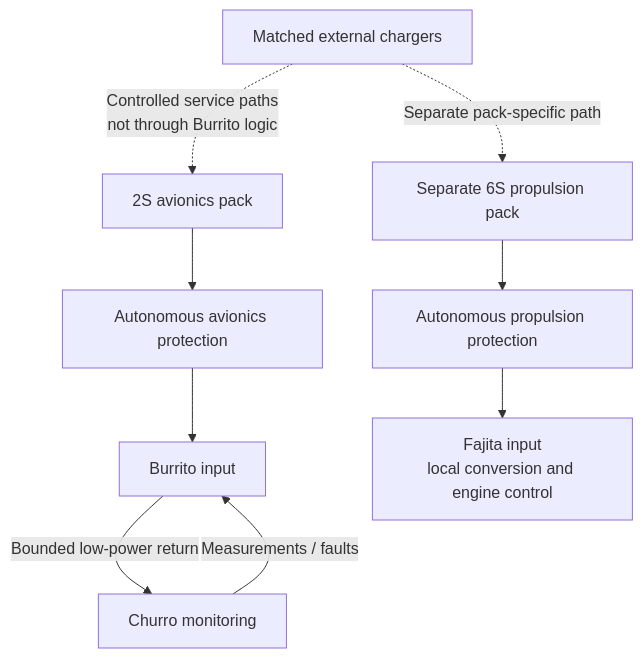
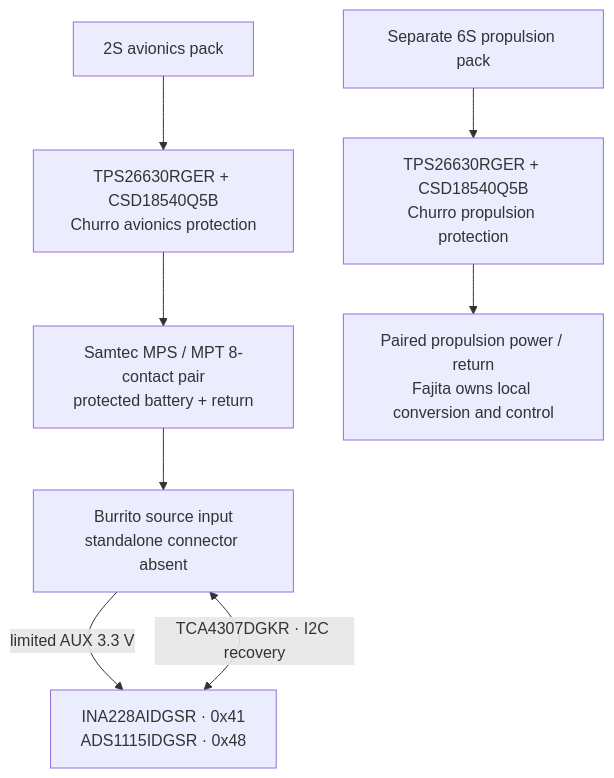
The first of 2 diagrams in docs/architecture/08-foinse-can.md (ULAS-HiPR/Ogma2), drawn with Mermaid before and after one commit. The commit also changed other lines of this file and 19 other files, not shown here.

Commit message:
Make architecture review concrete and link supporting justification

````diff
--- a/docs/architecture/08-foinse-can.md
+++ b/docs/architecture/08-foinse-can.md
@@ -24,11 +15,16 @@
 ```mermaid
 flowchart TB
-  AV["2S avionics pack"] --> AP["Autonomous avionics protection"]
-  AP --> B["Burrito input"]
-  PP["Separate 6S propulsion pack"] --> PR["Autonomous propulsion protection"]
-  PR --> F["Fajita input<br/>local conversion and engine control"]
-  B -->|"Bounded low-power return"| M["Churro monitoring"]
-  M -->|"Measurements / faults"| B
-  C["Matched external chargers"] -.->|"Controlled service paths<br/>not through Burrito logic"| AV
-  C -.->|"Separate pack-specific path"| PP
+  AV["2S avionics pack"] --> AP["TPS26630RGER + CSD18540Q5B
+Churro avionics protection"]
+  AP --> J["Samtec MPS / MPT 8-contact pair
+protected battery + return"]
+  J --> B["Burrito source input
+standalone connector absent"]
+  PR["Separate 6S propulsion pack"] --> PP["TPS26630RGER + CSD18540Q5B
+Churro propulsion protection"]
+  PP --> P["Paired propulsion power / return
+Fajita owns local conversion and control"]
+  B -->|"limited AUX 3.3 V"| M["INA228AIDGSR · 0x41
+ADS1115IDGSR · 0x48"]
+  M <-->|"TCA4307DGKR · I2C recovery"| B
 ```
````
